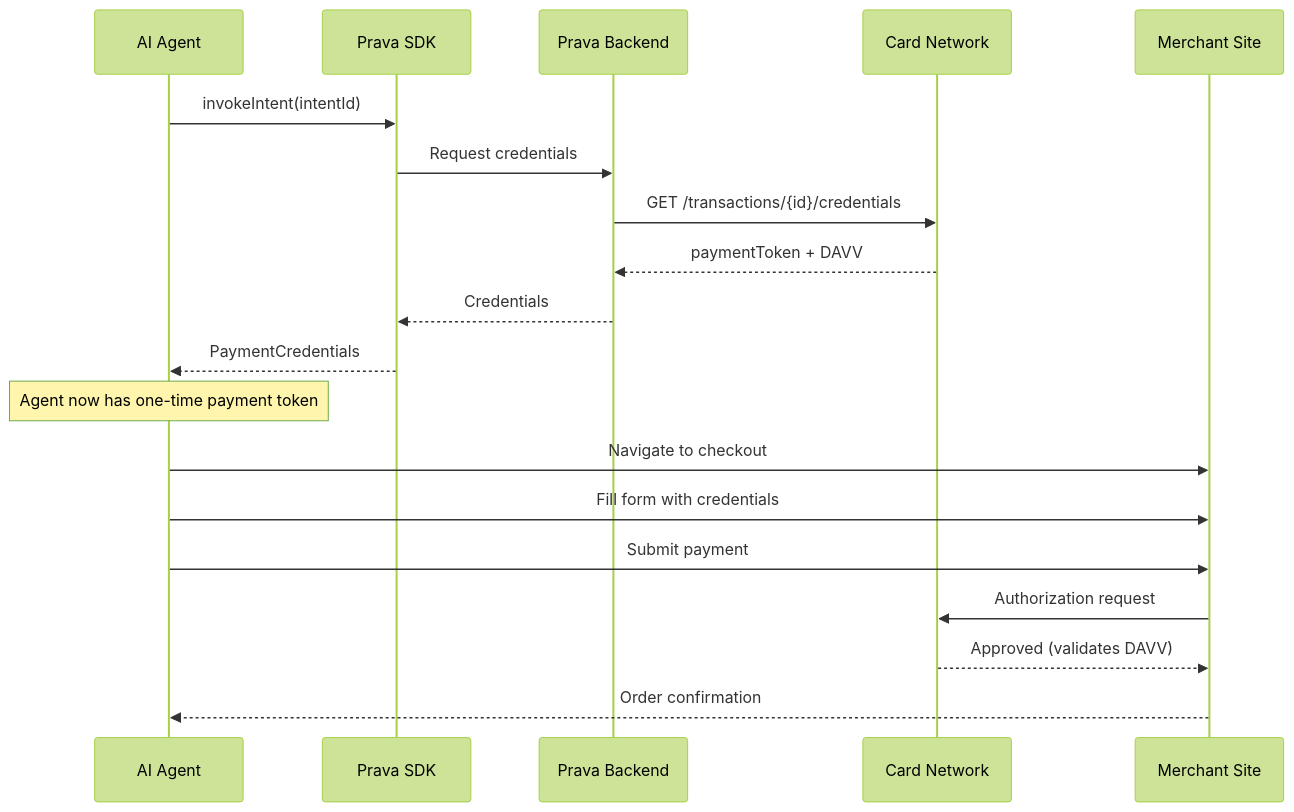
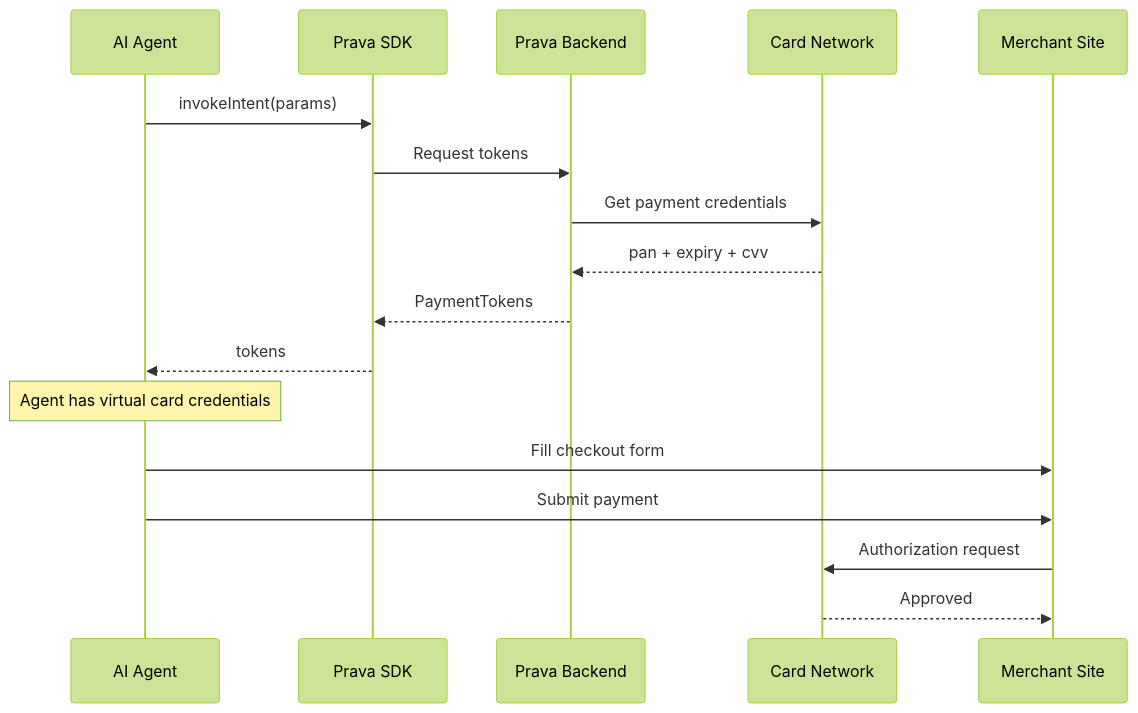
One commit to Prava-Payments/prava-docs changed the diagram in sdk/intents/invoke.mdx. Above: the diagram before and after it, drawn with Mermaid (forest theme). The commit also changed other lines of this file and 10 other files, not shown here.

````diff
--- a/sdk/intents/invoke.mdx
+++ b/sdk/intents/invoke.mdx
@@ -152,24 +120,22 @@
 ```mermaid
 sequenceDiagram
     participant Agent as AI Agent
     participant SDK as Prava SDK
     participant Backend as Prava Backend
     participant Network as Card Network
     participant Merchant as Merchant Site
 
-    Agent->>SDK: invokeIntent(intentId)
-    SDK->>Backend: Request credentials
-    Backend->>Network: GET /transactions/{id}/credentials
-    Network-->>Backend: paymentToken + DAVV
-    Backend-->>SDK: Credentials
-    SDK-->>Agent: PaymentCredentials
+    Agent->>SDK: invokeIntent(params)
+    SDK->>Backend: Request tokens
+    Backend->>Network: Get payment credentials
+    Network-->>Backend: pan + expiry + cvv
+    Backend-->>SDK: PaymentTokens
+    SDK-->>Agent: tokens
 
-    Note over Agent: Agent now has one-time payment token
+    Note over Agent: Agent has virtual card credentials
 
-    Agent->>Merchant: Navigate to checkout
-    Agent->>Merchant: Fill form with credentials
+    Agent->>Merchant: Fill checkout form
     Agent->>Merchant: Submit payment
     Merchant->>Network: Authorization request
-    Network-->>Merchant: Approved (validates DAVV)
-    Merchant-->>Agent: Order confirmation
+    Network-->>Merchant: Approved
 ```
````
